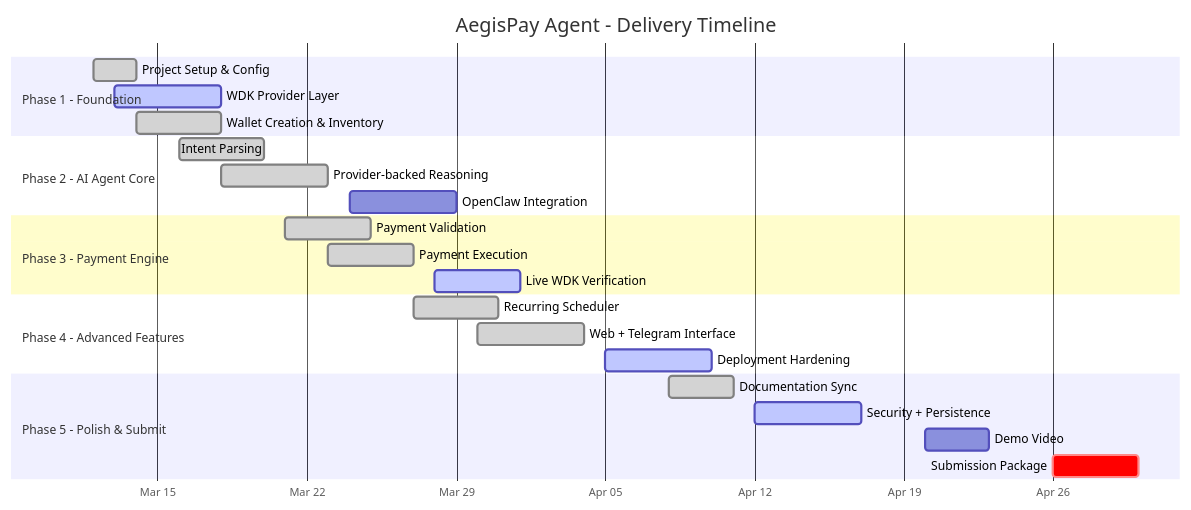
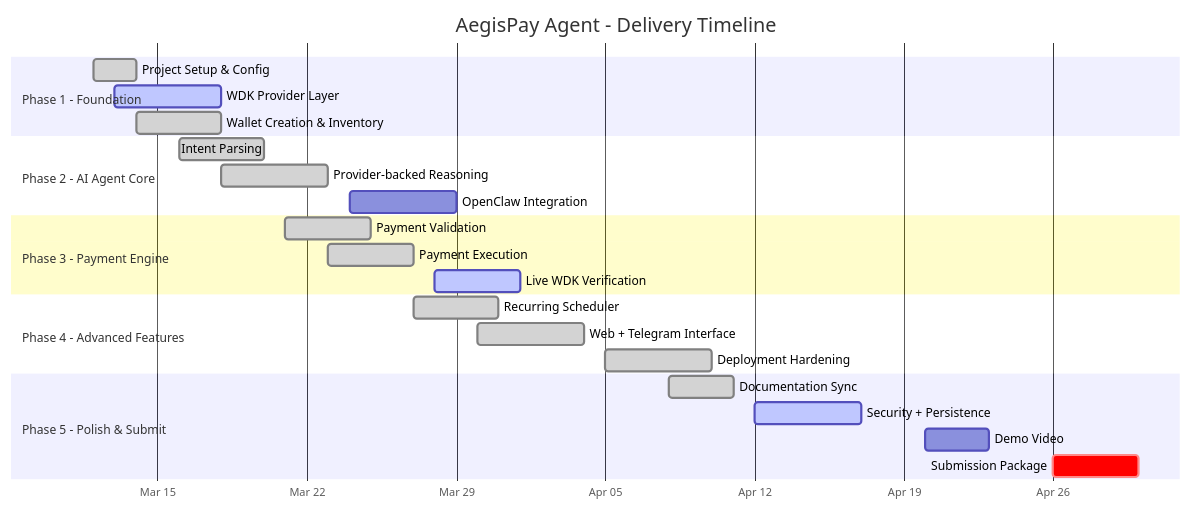
Before and after one commit to panzauto46-bot/AegisPay-Agent: the diagram in ROADMAP.md, drawn with Mermaid. The commit also changed other lines of this file and 10 other files, not shown here.

````diff
--- a/ROADMAP.md
+++ b/ROADMAP.md
@@ -25,32 +25,32 @@
 ```mermaid
 gantt
     title AegisPay Agent - Delivery Timeline
     dateFormat  YYYY-MM-DD
     axisFormat  %b %d
 
     section Phase 1 - Foundation
     Project Setup & Config         :done,   p1a, 2026-03-12, 2d
     WDK Provider Layer             :active, p1b, 2026-03-13, 5d
     Wallet Creation & Inventory    :done,   p1c, 2026-03-14, 4d
 
     section Phase 2 - AI Agent Core
     Intent Parsing                 :done,   p2a, 2026-03-16, 4d
     Provider-backed Reasoning      :done,   p2b, 2026-03-18, 5d
     OpenClaw Integration           :        p2c, 2026-03-24, 5d
 
     section Phase 3 - Payment Engine
     Payment Validation             :done,   p3a, 2026-03-21, 4d
     Payment Execution              :done,   p3b, 2026-03-23, 4d
     Live WDK Verification          :active, p3c, 2026-03-28, 4d
 
     section Phase 4 - Advanced Features
     Recurring Scheduler            :done,   p4a, 2026-03-27, 4d
     Web + Telegram Interface       :done,   p4b, 2026-03-30, 5d
-    Deployment Hardening           :active, p4c, 2026-04-05, 5d
+    Deployment Hardening           :done,   p4c, 2026-04-05, 5d
 
     section Phase 5 - Polish & Submit
     Documentation Sync             :done,   p5a, 2026-04-08, 3d
     Security + Persistence         :active, p5b, 2026-04-12, 5d
     Demo Video                     :        p5c, 2026-04-20, 3d
     Submission Package             :crit,   p5d, 2026-04-26, 4d
 ```
````
